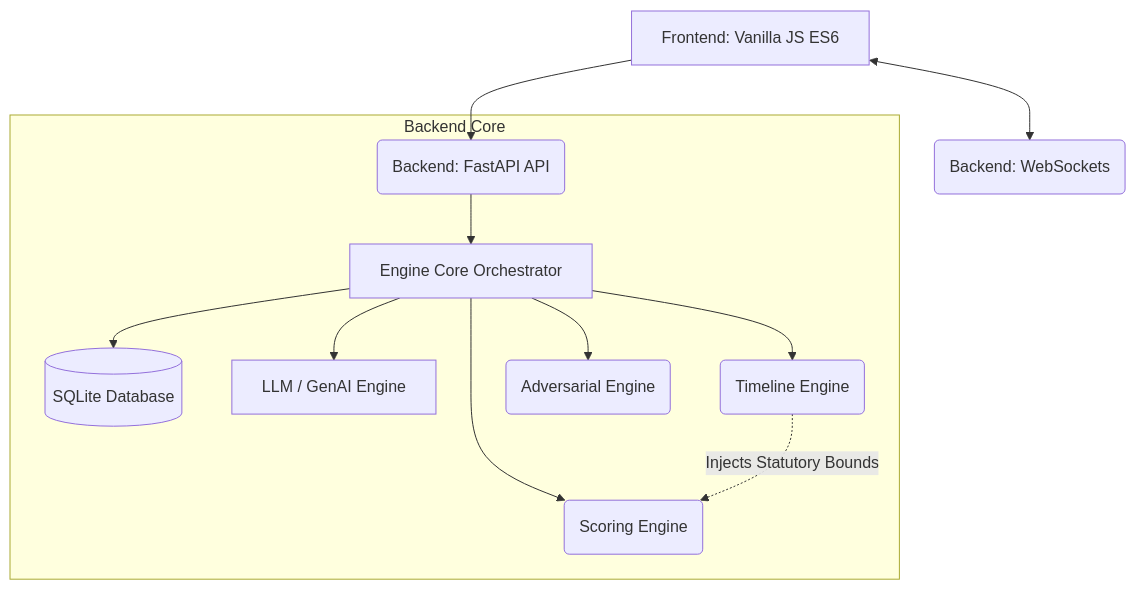
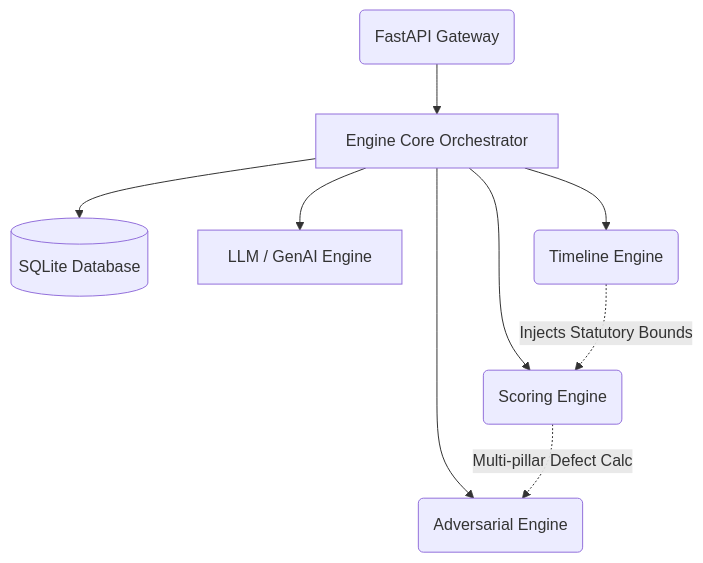
Before and after one commit to asg492607/judiq_backend: the diagram in README.md, drawn with Mermaid. The commit also changed other lines of this file and 1 other file, not shown here.

Commit message:
Add backend specific README with architecture diagram

````diff
--- a/README.md
+++ b/README.md
@@ -17,17 +16,13 @@
 ```mermaid
 graph TD
-    UI[Frontend: Vanilla JS ES6] --> API(Backend: FastAPI API)
-    UI <--> WS(Backend: WebSockets)
-
-    subgraph Backend Core
-        API --> Orchestrator[Engine Core Orchestrator]
-        Orchestrator --> DB[(SQLite Database)]
-        Orchestrator --> LLM[LLM / GenAI Engine]
-        
-        Orchestrator --> TE(Timeline Engine)
-        Orchestrator --> SE(Scoring Engine)
-        Orchestrator --> AE(Adversarial Engine)
-        
-        TE -. Injects Statutory Bounds .-> SE
-    end
+    API(FastAPI Gateway) --> Orchestrator[Engine Core Orchestrator]
+    Orchestrator --> DB[(SQLite Database)]
+    Orchestrator --> LLM[LLM / GenAI Engine]
+    
+    Orchestrator --> TE(Timeline Engine)
+    Orchestrator --> SE(Scoring Engine)
+    Orchestrator --> AE(Adversarial Engine)
+    
+    TE -. Injects Statutory Bounds .-> SE
+    SE -. Multi-pillar Defect Calc .-> AE
 ```
````
